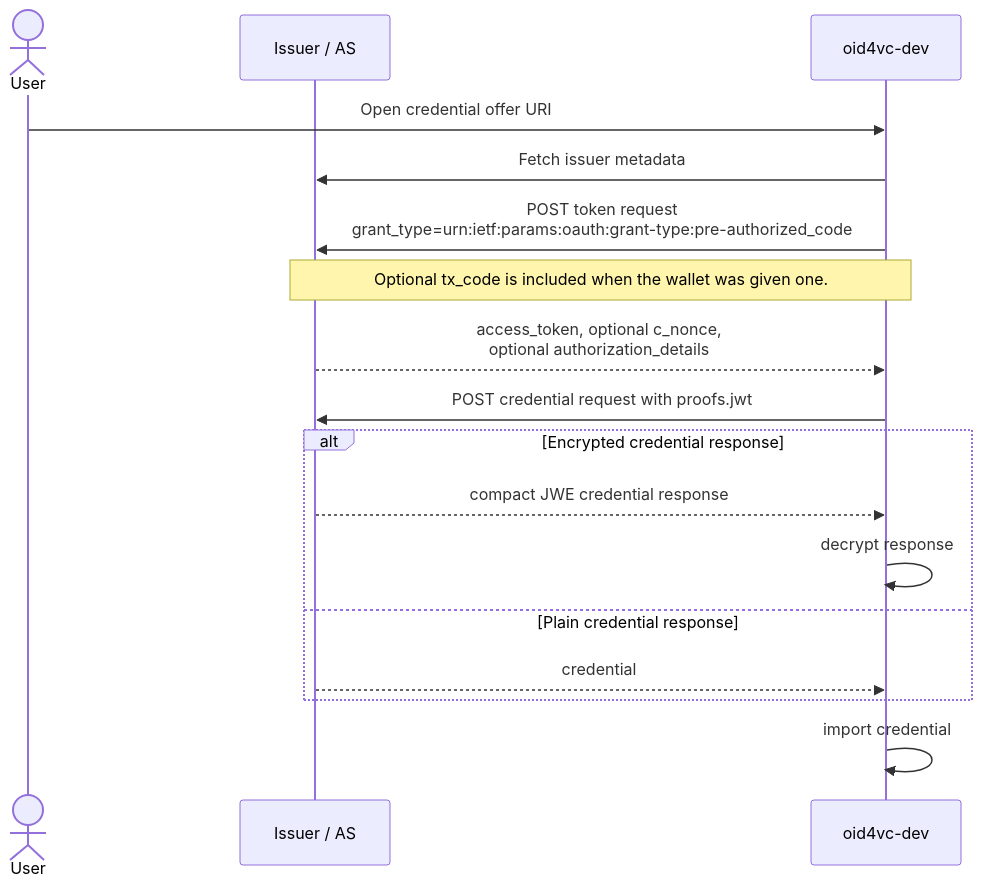
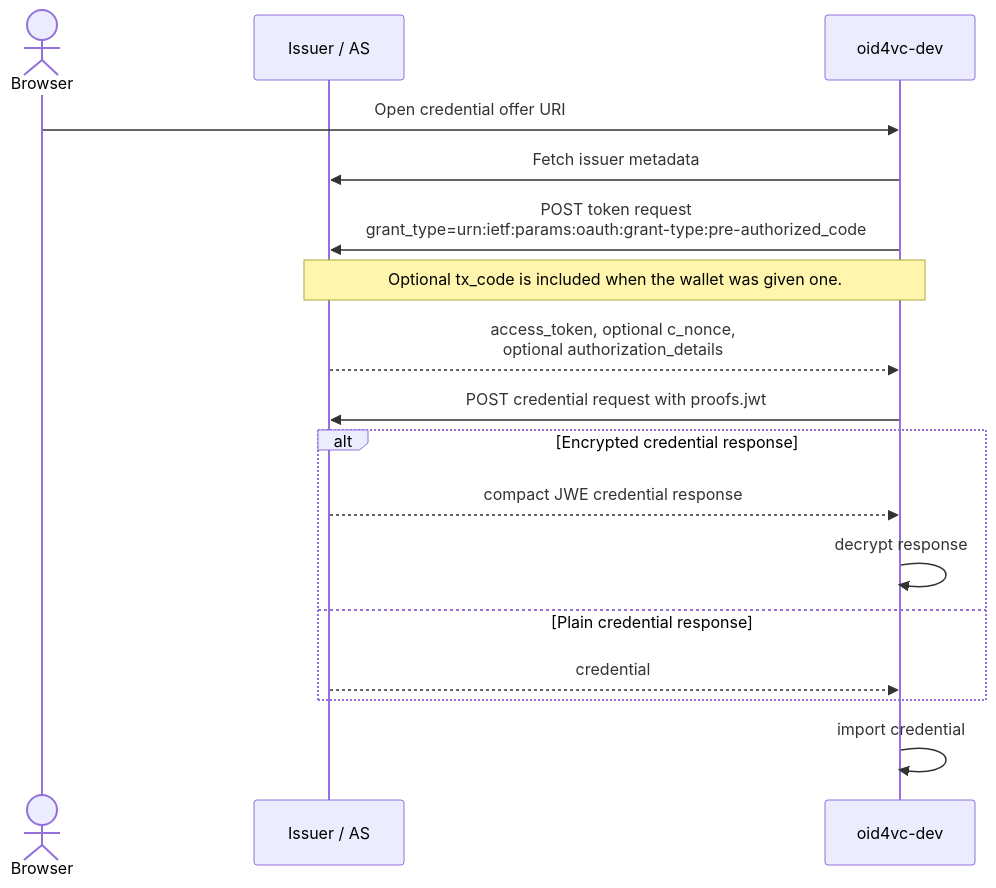
Before and after one commit to dominikschlosser/ssi-debugger: the second of 3 diagrams in docs/diagrams/oid4vci.md, drawn with Mermaid. The commit also changed other lines of this file and 10 other files, not shown here.

````diff
--- a/docs/diagrams/oid4vci.md
+++ b/docs/diagrams/oid4vci.md
@@ -43,20 +43,20 @@
 ```mermaid
 sequenceDiagram
-    actor User
+    actor Browser
     participant Issuer as Issuer / AS
     participant Wallet as oid4vc-dev
 
-    User->>Wallet: Open credential offer URI
+    Browser->>Wallet: Open credential offer URI
     Wallet->>Issuer: Fetch issuer metadata
     Wallet->>Issuer: POST token request<br/>grant_type=urn:ietf:params:oauth:grant-type:pre-authorized_code
     Note over Wallet,Issuer: Optional tx_code is included when the wallet was given one.
     Issuer-->>Wallet: access_token, optional c_nonce,<br/>optional authorization_details
     Wallet->>Issuer: POST credential request with proofs.jwt
     alt Encrypted credential response
         Issuer-->>Wallet: compact JWE credential response
         Wallet->>Wallet: decrypt response
     else Plain credential response
         Issuer-->>Wallet: credential
     end
     Wallet->>Wallet: import credential
 ```
````
